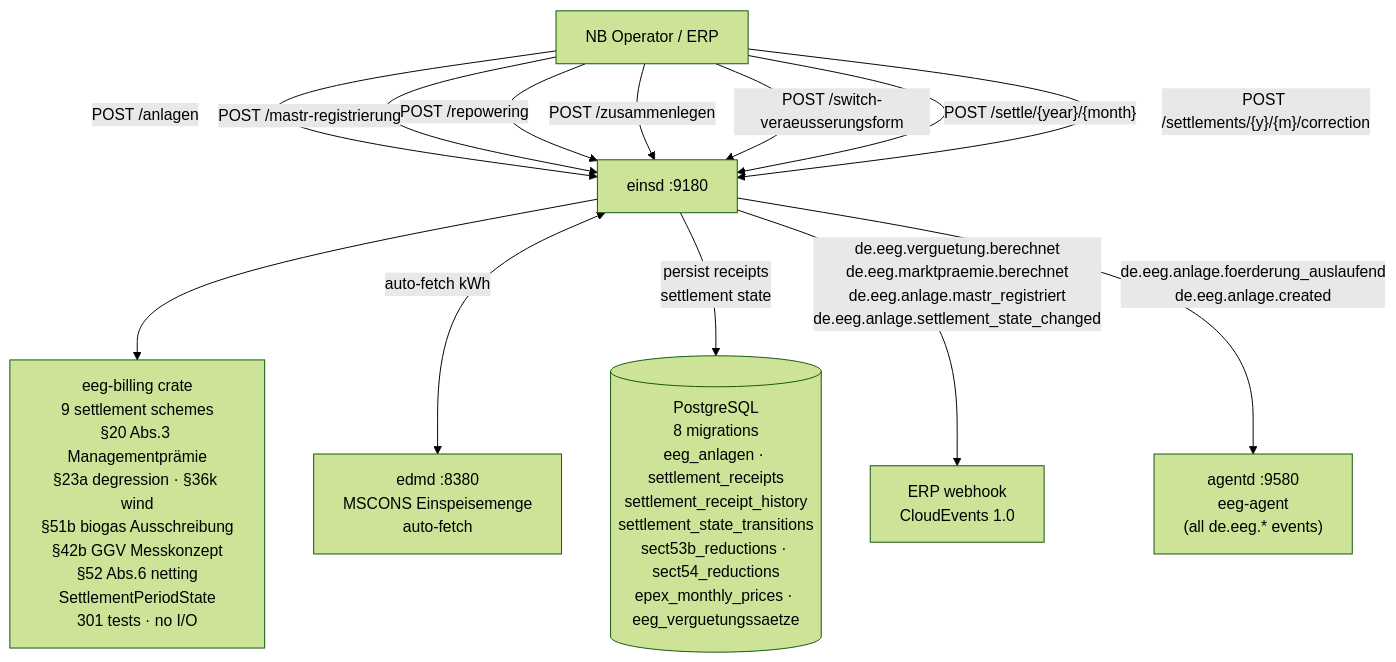
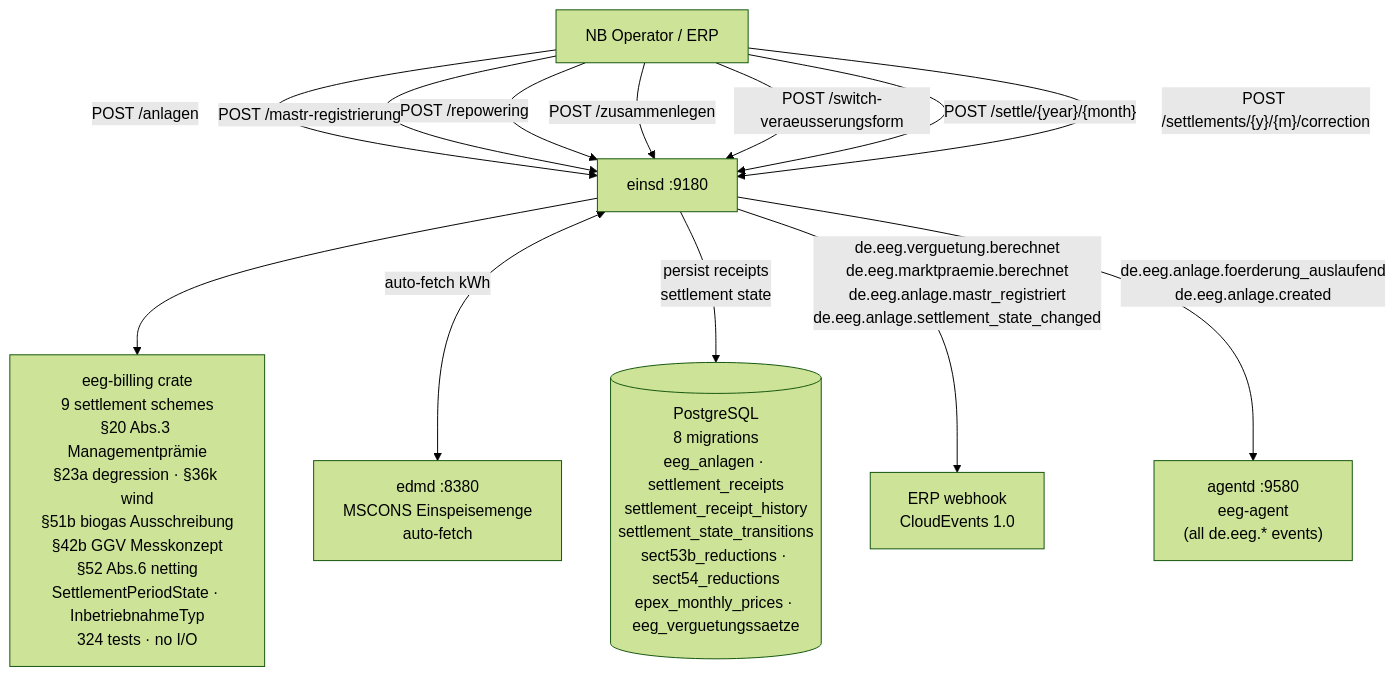
The first of 8 diagrams in docs/einsd.md (hupe1980/mako), drawn with Mermaid (forest theme) before and after one commit. The commit also changed other lines of this file and 12 other files, not shown here.

````diff
--- a/docs/einsd.md
+++ b/docs/einsd.md
@@ -30,23 +30,23 @@
 ```mermaid
 graph TB
     Operator["NB Operator / ERP"]
     edmd["edmd :8380\nMSCONS Einspeisemenge\nauto-fetch"]
     einsd["einsd :9180"]
-    eeg_billing["eeg-billing crate\n9 settlement schemes\n§20 Abs.3 Managementprämie\n§23a degression · §36k wind\n§51b biogas Ausschreibung\n§42b GGV Messkonzept\n§52 Abs.6 netting\nSettlementPeriodState\n301 tests · no I/O"]
+    eeg_billing["eeg-billing crate\n9 settlement schemes\n§20 Abs.3 Managementprämie\n§23a degression · §36k wind\n§51b biogas Ausschreibung\n§42b GGV Messkonzept\n§52 Abs.6 netting\nSettlementPeriodState · InbetriebnahmeTyp\n324 tests · no I/O"]
     db[("PostgreSQL\n8 migrations\neeg_anlagen · settlement_receipts\nsettlement_receipt_history\nsettlement_state_transitions\nsect53b_reductions · sect54_reductions\nepex_monthly_prices · eeg_verguetungssaetze")]
     erp["ERP webhook\nCloudEvents 1.0"]
     agentd["agentd :9580\neeg-agent\n(all de.eeg.* events)"]
 
     Operator -->|"POST /anlagen"| einsd
     Operator -->|"POST /mastr-registrierung"| einsd
     Operator -->|"POST /repowering"| einsd
     Operator -->|"POST /zusammenlegen"| einsd
     Operator -->|"POST /switch-veraeusserungsform"| einsd
     Operator -->|"POST /settle/{year}/{month}"| einsd
     Operator -->|"POST /settlements/{y}/{m}/correction"| einsd
     einsd --> eeg_billing
     einsd <-->|"auto-fetch kWh"| edmd
     einsd -->|"persist receipts\nsettlement state"| db
     einsd -->|"de.eeg.verguetung.berechnet\nde.eeg.marktpraemie.berechnet\nde.eeg.anlage.mastr_registriert\nde.eeg.anlage.settlement_state_changed"| erp
     einsd -->|"de.eeg.anlage.foerderung_auslaufend\nde.eeg.anlage.created"| agentd
 ```
````
